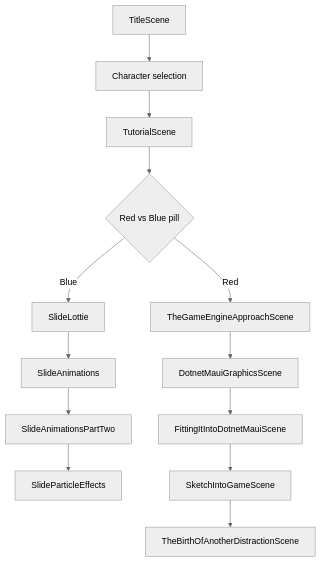
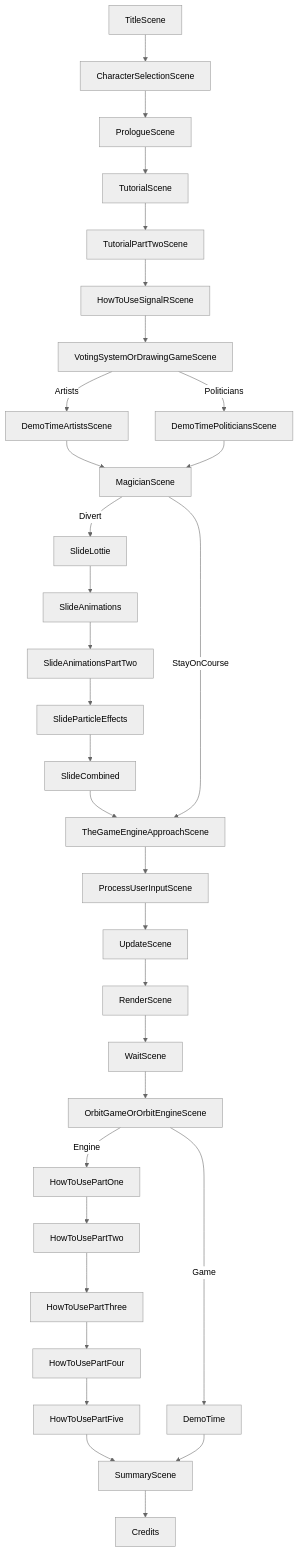
One commit to bijington/orbit changed the diagram in games/ChooseYourOwnAdventure/ChooseYourOwnAdventure/Slides/SlideThoughts.md. Above: the diagram before and after it, drawn with Mermaid (neutral theme). The commit also changed other lines of this file and 28 other files, not shown here.

````diff
--- a/games/ChooseYourOwnAdventure/ChooseYourOwnAdventure/Slides/SlideThoughts.md
+++ b/games/ChooseYourOwnAdventure/ChooseYourOwnAdventure/Slides/SlideThoughts.md
@@ -77,17 +95,44 @@
 ```mermaid
 flowchart TD
-    TitleScene --> CharacterSelectionScene[Character selection]
-    CharacterSelectionScene --> TutorialScene
-    TutorialScene --> RedVersusBluePillScene{Red vs Blue pill}
-    RedVersusBluePillScene -- Blue --> SlideLottie
-    RedVersusBluePillScene -- Red --> TheGameEngineApproachScene
+    TitleScene --> CharacterSelectionScene
+    CharacterSelectionScene --> PrologueScene
+    PrologueScene --> TutorialScene
+    TutorialScene --> TutorialPartTwoScene
+    TutorialPartTwoScene --> HowToUseSignalRScene
 
+    HowToUseSignalRScene --> VotingSystemOrDrawingGameScene
+
+    VotingSystemOrDrawingGameScene --Artists--> DemoTimeArtistsScene
+    VotingSystemOrDrawingGameScene --Politicians--> DemoTimePoliticiansScene
+
+    DemoTimeArtistsScene --> MagicianScene
+    DemoTimePoliticiansScene --> MagicianScene
+
+    MagicianScene --Divert--> SlideLottie
     SlideLottie --> SlideAnimations
     SlideAnimations --> SlideAnimationsPartTwo
     SlideAnimationsPartTwo --> SlideParticleEffects
+    SlideParticleEffects --> SlideCombined
+    SlideCombined --> TheGameEngineApproachScene
 
-    TheGameEngineApproachScene --> DotnetMauiGraphicsScene
-    DotnetMauiGraphicsScene --> FittingItIntoDotnetMauiScene
-    FittingItIntoDotnetMauiScene --> SketchIntoGameScene
-    SketchIntoGameScene --> TheBirthOfAnotherDistractionScene
+    MagicianScene --StayOnCourse--> TheGameEngineApproachScene
+
+    TheGameEngineApproachScene --> ProcessUserInputScene
+    ProcessUserInputScene --> UpdateScene
+    UpdateScene --> RenderScene
+    RenderScene --> WaitScene
+
+    WaitScene --> OrbitGameOrOrbitEngineScene
+
+    OrbitGameOrOrbitEngineScene --Engine--> HowToUsePartOne
+    HowToUsePartOne --> HowToUsePartTwo
+    HowToUsePartTwo --> HowToUsePartThree
+    HowToUsePartThree --> HowToUsePartFour
+    HowToUsePartFour --> HowToUsePartFive
+    HowToUsePartFive --> SummaryScene
+
+    OrbitGameOrOrbitEngineScene --Game--> DemoTime
+
+    DemoTime --> SummaryScene
+    SummaryScene --> Credits
 ```
````
